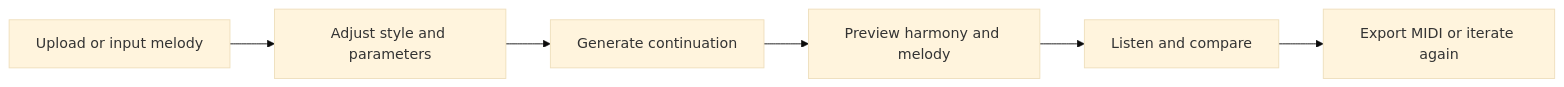
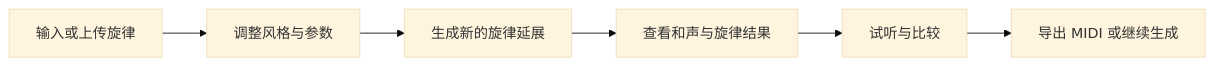
One commit to CyrusAuyeung/MuseMelody changed the first of 2 diagrams in README.md. Above: the diagram before and after it, drawn with Mermaid (base theme). The commit also changed other lines of this file and 1 other file, not shown here.

````diff
--- a/README.md
+++ b/README.md
@@ -46,8 +49,8 @@
 ```mermaid
 flowchart LR
-    A[Upload or input melody] --> B[Adjust style and parameters]
-    B --> C[Generate continuation]
-    C --> D[Preview harmony and melody]
-    D --> E[Listen and compare]
-    E --> F[Export MIDI or iterate again]
+    A[输入或上传旋律] --> B[调整风格与参数]
+    B --> C[生成新的旋律延展]
+    C --> D[查看和声与旋律结果]
+    D --> E[试听与比较]
+    E --> F[导出 MIDI 或继续生成]
 ```
````
